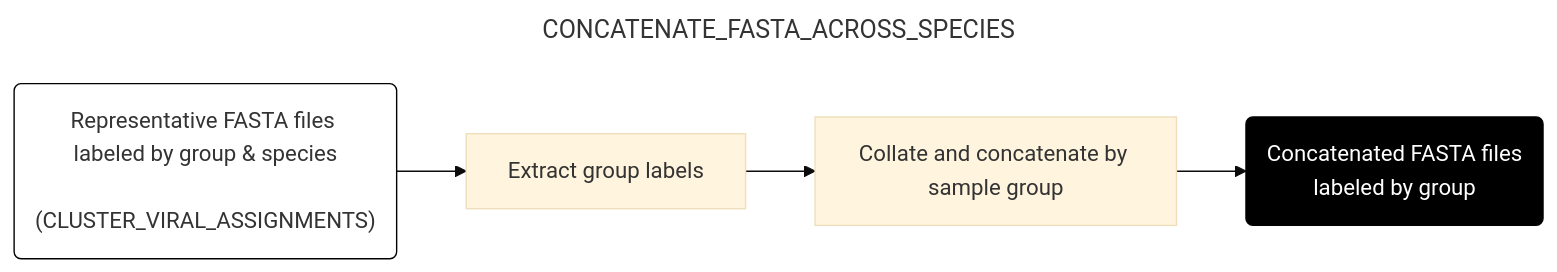
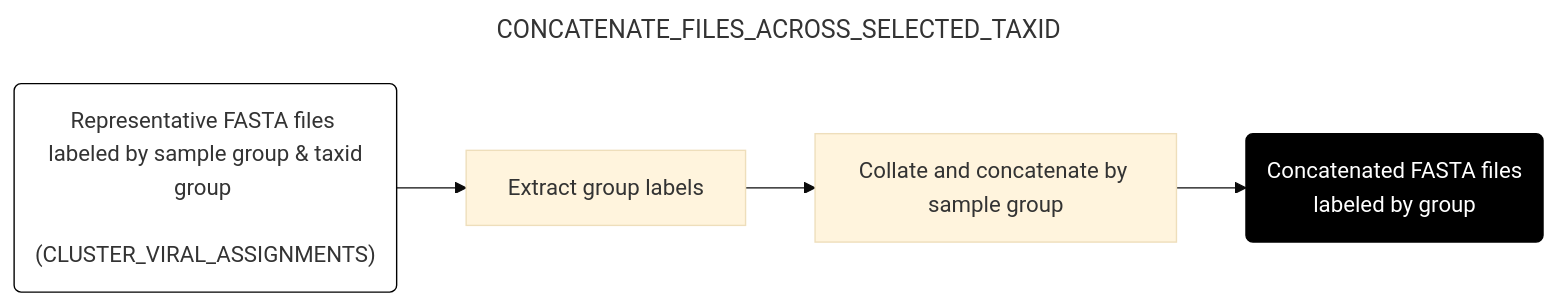
The seventh of 11 diagrams in docs/downstream.md (naobservatory/mgs-workflow), drawn with Mermaid (base theme) before and after one commit. The commit also changed other lines of this file and 118 other files, not shown here.

````diff
--- a/docs/downstream.md
+++ b/docs/downstream.md
@@ -292,13 +320,13 @@
 ```mermaid
 ---
-title: CONCATENATE_FASTA_ACROSS_SPECIES
+title: CONCATENATE_FILES_ACROSS_SELECTED_TAXID
 config:
   layout: horizontal
 ---
 flowchart LR
-A("Representative FASTA files <br> labeled by group & species <br> (CLUSTER_VIRAL_ASSIGNMENTS)") --> B[Extract group labels]
+A("Representative FASTA files <br> labeled by sample group & taxid group <br> (CLUSTER_VIRAL_ASSIGNMENTS)") --> B[Extract group labels]
 B --> C[Collate and concatenate by sample group]
 C --> D(Concatenated FASTA files <br> labeled by group)
 style A fill:#fff,stroke:#000
 style D fill:#000,color:#fff,stroke:#000
 ```
````
